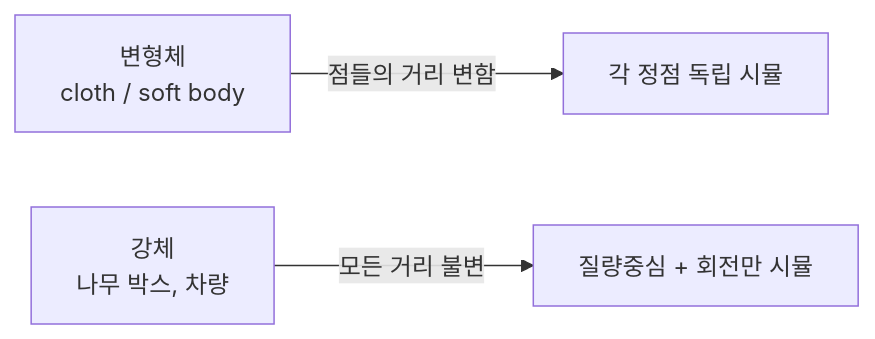
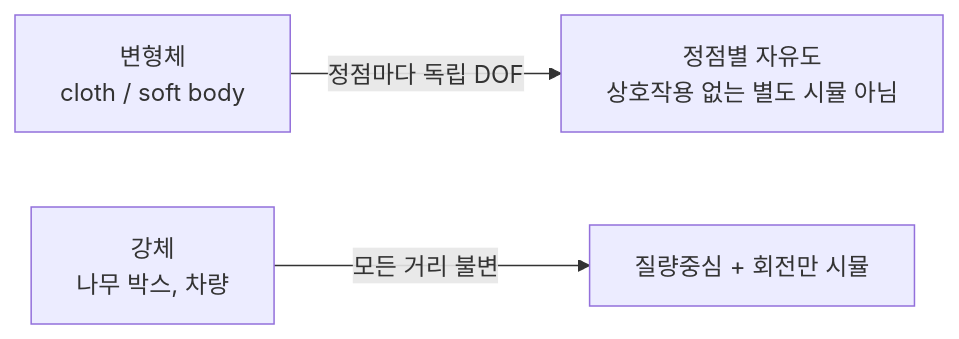
Before and after one commit to Rein-ArXiv/game-dev-curriculum: the diagram in physics/part03_rigid_body_dynamics.md, drawn with Mermaid. The commit also changed other lines of this file and 279 other files, not shown here.

````diff
--- a/physics/part03_rigid_body_dynamics.md
+++ b/physics/part03_rigid_body_dynamics.md
@@ -53,5 +53,5 @@
 ```mermaid
 flowchart LR
-    Soft[변형체<br/>cloth / soft body] -->|점들의 거리 변함| Vertex[각 정점 독립 시뮬]
+    Soft[변형체<br/>cloth / soft body] -->|정점마다 독립 DOF| Vertex[정점별 자유도<br/>상호작용 없는 별도 시뮬 아님]
     Rigid[강체<br/>나무 박스, 차량] -->|모든 거리 불변| CM[질량중심 + 회전만 시뮬]
 ```
````
